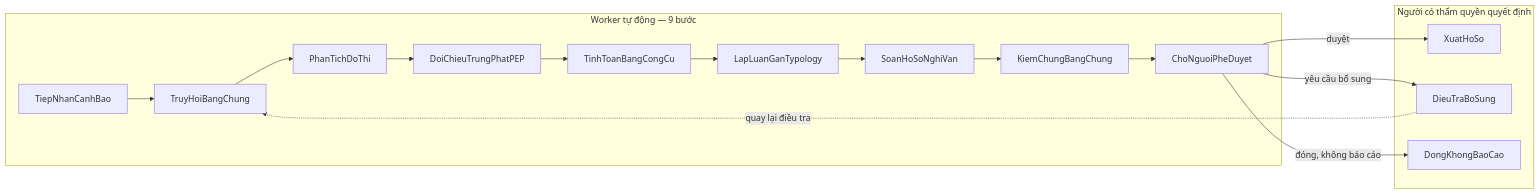
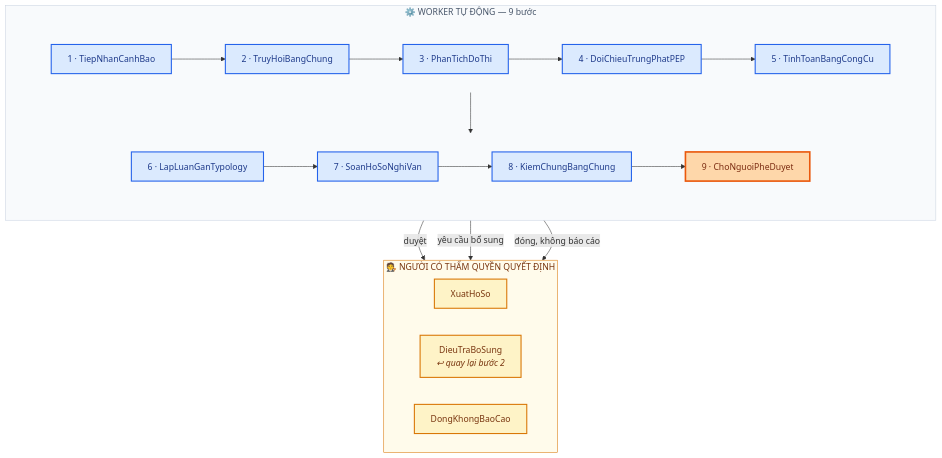
The fourth of 7 diagrams in docs/architecture_diagram.md (fiezen13/aml-monitoring-investigation-system), drawn with Mermaid before and after one commit. The commit also changed other lines of this file, not shown here.

First line of the commit message:
docs: vẽ lại 7 sơ đồ kiến trúc, thống nhất phối màu và bố cục

````diff
--- a/docs/architecture_diagram.md
+++ b/docs/architecture_diagram.md
@@ -134,24 +233,41 @@
 ```mermaid
-graph LR
-    subgraph Auto["Worker tự động — 9 bước"]
-        A[TiepNhanCanhBao] --> B[TruyHoiBangChung]
-        B --> C[PhanTichDoThi]
-        C --> D[DoiChieuTrungPhatPEP]
-        D --> E[TinhToanBangCongCu]
-        E --> F[LapLuanGanTypology]
-        F --> G[SoanHoSoNghiVan]
-        G --> H[KiemChungBangChung]
-        H --> I[ChoNguoiPheDuyet]
+flowchart TB
+    subgraph Auto["⚙️ WORKER TỰ ĐỘNG — 9 bước"]
+        direction TB
+        subgraph Row1[" "]
+            direction LR
+            A["1 · TiepNhanCanhBao"] --> B["2 · TruyHoiBangChung"] --> C["3 · PhanTichDoThi"]
+            C --> D["4 · DoiChieuTrungPhatPEP"] --> E["5 · TinhToanBangCongCu"]
+        end
+        subgraph Row2[" "]
+            direction LR
+            F["6 · LapLuanGanTypology"] --> G["7 · SoanHoSoNghiVan"]
+            G --> H["8 · KiemChungBangChung"] --> I["9 · ChoNguoiPheDuyet"]
+        end
+        E --> F
     end
 
-    subgraph Human["Người có thẩm quyền quyết định"]
-        J[XuatHoSo]
-        K[DieuTraBoSung]
-        L[DongKhongBaoCao]
+    subgraph Human["🧑‍⚖️ NGƯỜI CÓ THẨM QUYỀN QUYẾT ĐỊNH"]
+        direction LR
+        J["XuatHoSo"]
+        K["DieuTraBoSung<br/><i>↩ quay lại bước 2</i>"]
+        L["DongKhongBaoCao"]
     end
 
-    I -->|duyệt| J
-    I -->|yêu cầu bổ sung| K
-    I -->|đóng, không báo cáo| L
-    K -.->|quay lại điều tra| B
+    I -->|"duyệt"| J
+    I -->|"yêu cầu bổ sung"| K
+    I -->|"đóng, không báo cáo"| L
+
+    classDef auto fill:#DBEAFE,stroke:#2563EB,stroke-width:2px,color:#1E3A8A
+    classDef gate fill:#FED7AA,stroke:#EA580C,stroke-width:3px,color:#7C2D12
+    classDef human fill:#FEF3C7,stroke:#D97706,stroke-width:2px,color:#78350F
+
+    class A,B,C,D,E,F,G,H auto
+    class I gate
+    class J,K,L human
+
+    style Auto fill:#F8FAFC,stroke:#CBD5E1,color:#475569
+    style Human fill:#FFFBEB,stroke:#D97706,color:#78350F
+    style Row1 fill:none,stroke:none
+    style Row2 fill:none,stroke:none
 ```
````
